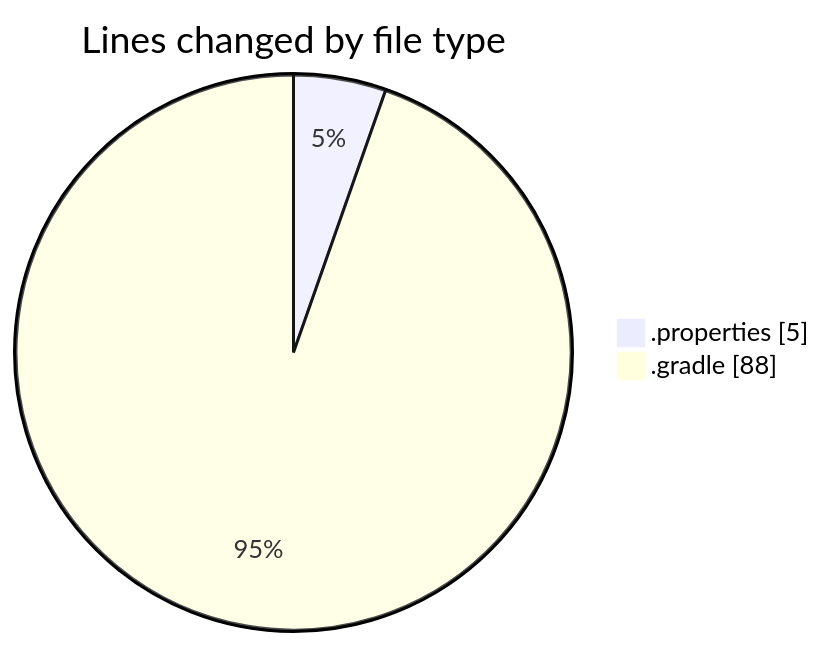
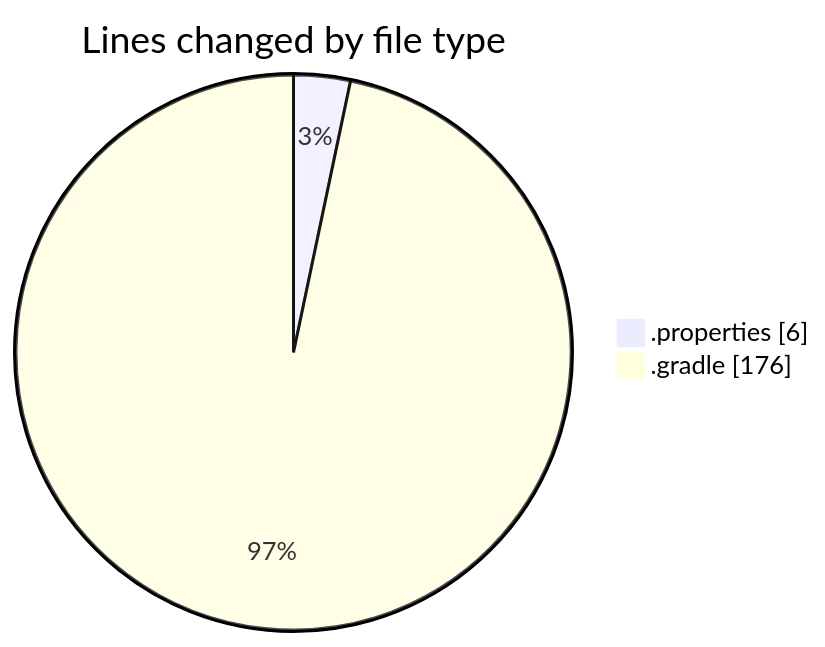
One commit to lephambinh05/code-tracking changed the first of 2 diagrams in 2025-09-06/quanlylink/README.md. Above: the diagram before and after it, drawn with Mermaid. The commit also changed other lines of this file and 1 other file, not shown here.

````diff
--- a/2025-09-06/quanlylink/README.md
+++ b/2025-09-06/quanlylink/README.md
@@ -21,6 +22,6 @@
 ```mermaid
 pie showData
 title Lines changed by file type
-".properties" : 5
-".gradle" : 88
+".properties" : 6
+".gradle" : 176
 ```
````
